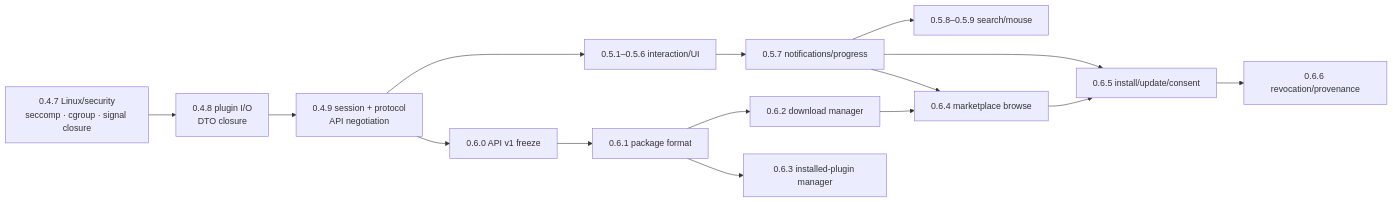
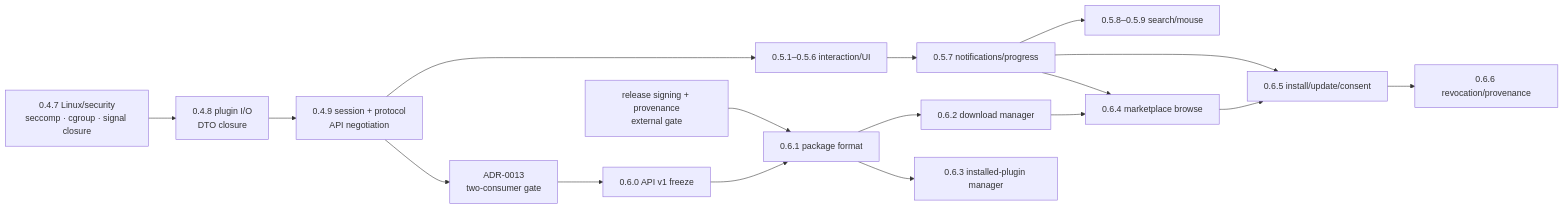
The fourth of 4 diagrams in docs/architecture-visual.md (GBLMX/Anvil), drawn with Mermaid before and after one commit. The commit also changed other lines of this file and 1 other file, not shown here.

Commit message:
docs: add API and signing gates to delivery DAG

````diff
--- a/docs/architecture-visual.md
+++ b/docs/architecture-visual.md
@@ -210,28 +210,31 @@
 ```mermaid
 flowchart LR
     A["0.4.7 Linux/security<br/>seccomp · cgroup · signal closure"]
     B["0.4.8 plugin I/O<br/>DTO closure"]
     C["0.4.9 session + protocol<br/>API negotiation"]
     D["0.5.1–0.5.6 interaction/UI"]
     E["0.5.7 notifications/progress"]
     E2["0.5.8–0.5.9 search/mouse"]
     F["0.6.0 API v1 freeze"]
     G["0.6.1 package format"]
     H["0.6.2 download manager"]
     I["0.6.3 installed-plugin manager"]
     J["0.6.4 marketplace browse"]
     K["0.6.5 install/update/consent"]
     L["0.6.6 revocation/provenance"]
+    GATE["ADR-0013<br/>two-consumer gate"]
+    SIGN["release signing + provenance<br/>external gate"]
 
     A --> B --> C
     C --> D --> E --> E2
-    C --> F
+    C --> GATE --> F
     F --> G
+    SIGN --> G
     G --> H
     G --> I
     H --> J
     E --> J
     J --> K
     E --> K
     K --> L
 ```
````
